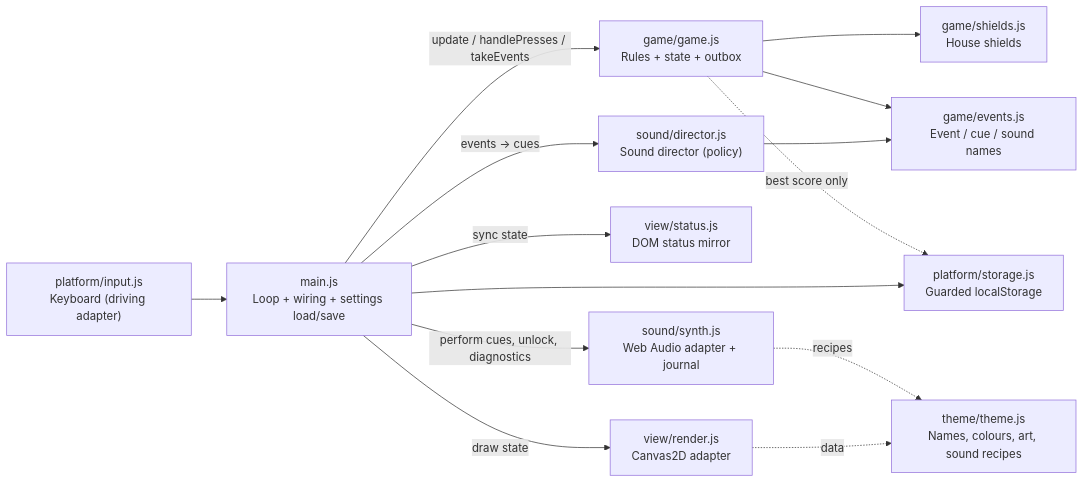
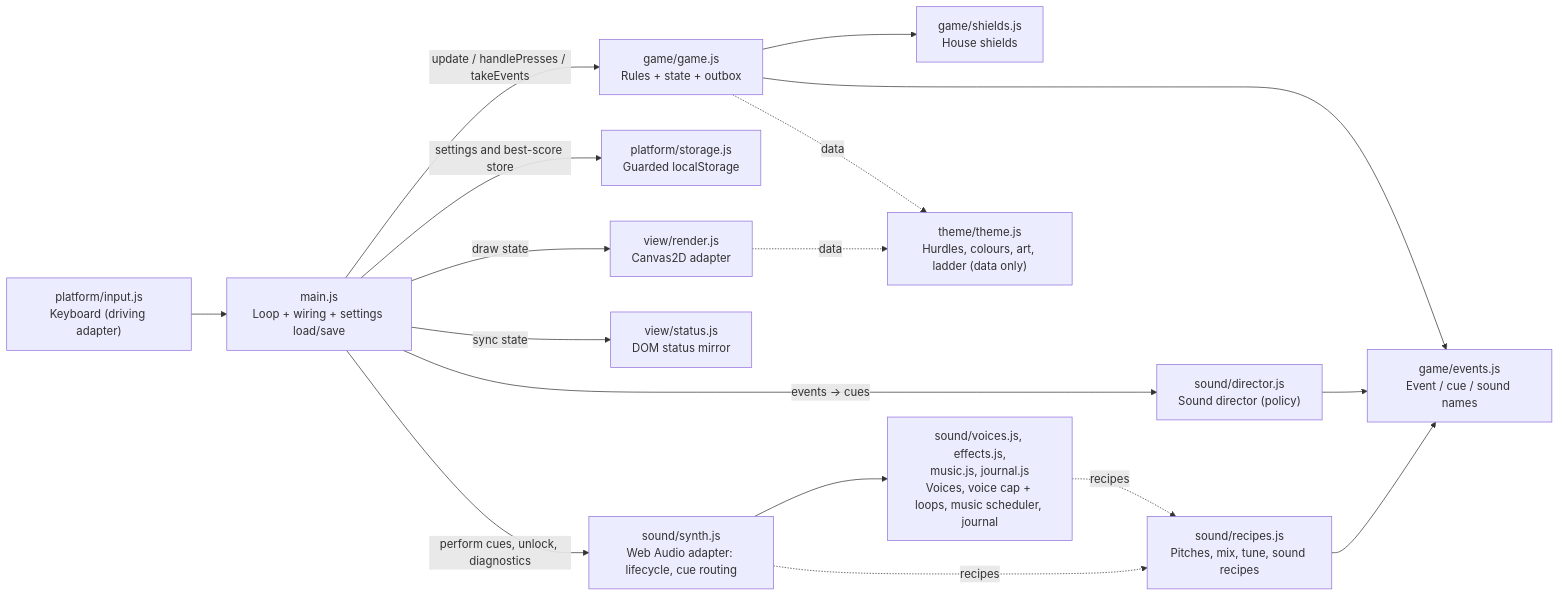
The third of 3 diagrams in docs/product/architecture/brief.md (lagom1985/rightmove-space-invaders), drawn with Mermaid before and after one commit. The commit also changed other lines of this file and 22 other files, not shown here.

First line of the commit message:
refactor: move sound recipes to sound/, inject best-score store, split synth and renderer

````diff
--- a/docs/product/architecture/brief.md
+++ b/docs/product/architecture/brief.md
@@ -56,16 +56,19 @@
 ```mermaid
 flowchart LR
   kb["platform/input.js<br/>Keyboard (driving adapter)"] --> main
   main["main.js<br/>Loop + wiring + settings load/save"] -->|update / handlePresses / takeEvents| game["game/game.js<br/>Rules + state + outbox"]
   game --> shields["game/shields.js<br/>House shields"]
   game --> events["game/events.js<br/>Event / cue / sound names"]
-  game -. best score only .-> storage["platform/storage.js<br/>Guarded localStorage"]
-  main --> storage
+  game -. data .-> theme["theme/theme.js<br/>Hurdles, colours, art, ladder (data only)"]
+  main -->|settings and best-score store| storage["platform/storage.js<br/>Guarded localStorage"]
   main -->|draw state| render["view/render.js<br/>Canvas2D adapter"]
   main -->|sync state| status["view/status.js<br/>DOM status mirror"]
   main -->|events → cues| director["sound/director.js<br/>Sound director (policy)"]
   director --> events
-  main -->|perform cues, unlock, diagnostics| synth["sound/synth.js<br/>Web Audio adapter + journal"]
-  synth -. recipes .-> theme["theme/theme.js<br/>Names, colours, art, sound recipes"]
+  main -->|perform cues, unlock, diagnostics| synth["sound/synth.js<br/>Web Audio adapter: lifecycle, cue routing"]
+  synth --> synthParts["sound/voices.js, effects.js,<br/>music.js, journal.js<br/>Voices, voice cap + loops, music scheduler, journal"]
+  synth -. recipes .-> recipes["sound/recipes.js<br/>Pitches, mix, tune, sound recipes"]
+  synthParts -. recipes .-> recipes
+  recipes --> events
   render -. data .-> theme
 ```
````
